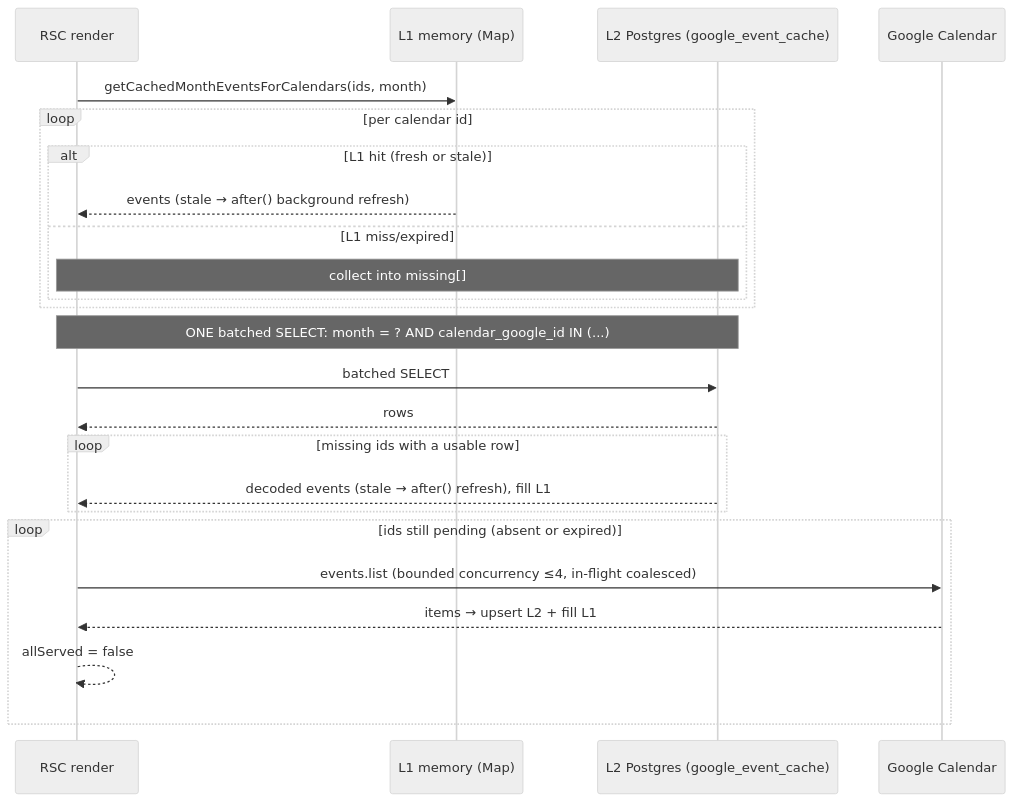
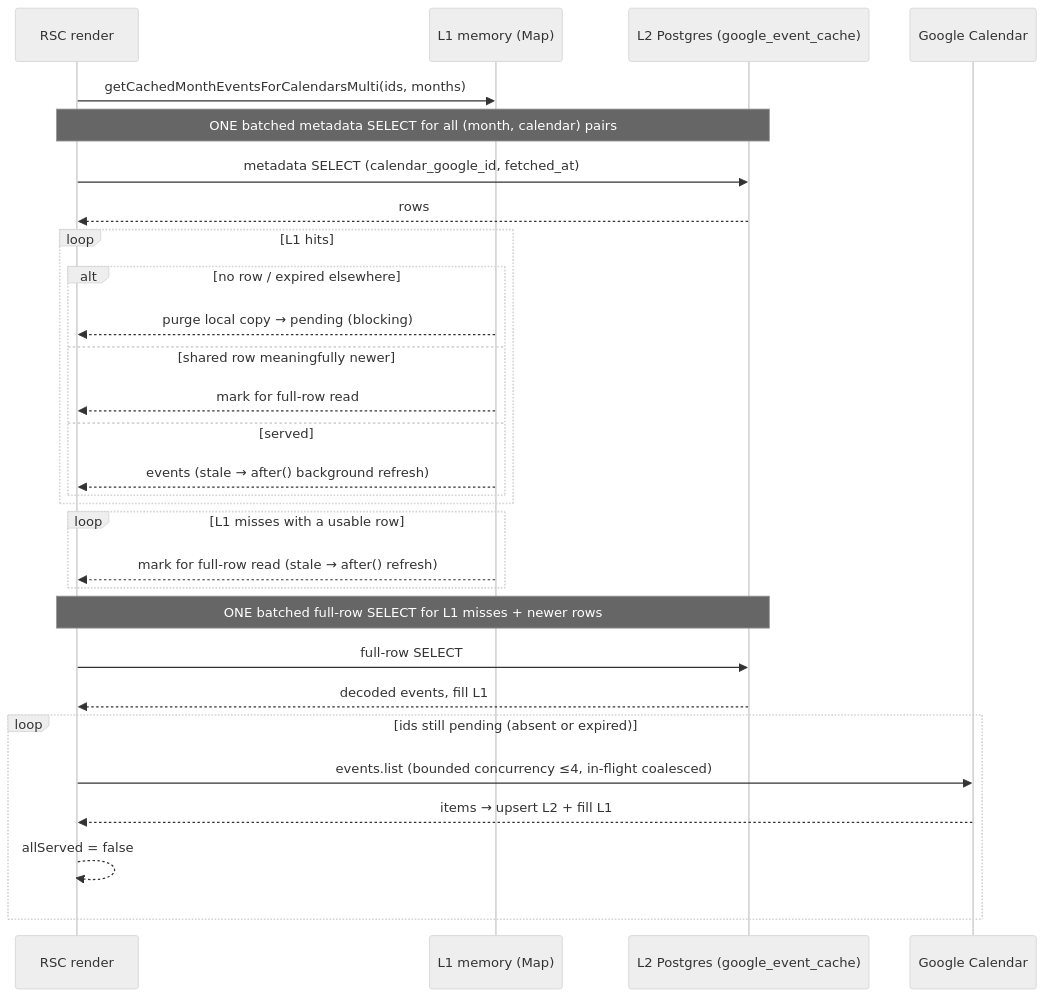
One commit to oncloudnintynineone-source/cloudy2 changed the third of 7 diagrams in docs/events-cache.md. Above: the diagram before and after it, drawn with Mermaid (neutral theme). The commit also changed other lines of this file and 22 other files, not shown here.

Commit message:
docs: sync mermaid diagrams with current code, fix diagram syntax errors

````diff
--- a/docs/events-cache.md
+++ b/docs/events-cache.md
@@ -183,26 +183,31 @@
 ```mermaid
 sequenceDiagram
  participant R as RSC render
  participant L1 as L1 memory (Map)
  participant L2 as L2 Postgres (google_event_cache)
  participant G as Google Calendar
- R->>L1: getCachedMonthEventsForCalendars(ids, month)
- loop per calendar id
- alt L1 hit (fresh or stale)
+ R->>L1: getCachedMonthEventsForCalendarsMulti(ids, months)
+ Note over R,L2: ONE batched metadata SELECT for all (month, calendar) pairs
+ R->>L2: metadata SELECT (calendar_google_id, fetched_at)
+ L2-->>R: rows
+ loop L1 hits
+ alt no row / expired elsewhere
+ L1-->>R: purge local copy → pending (blocking)
+ else shared row meaningfully newer
+ L1-->>R: mark for full-row read
+ else served
  L1-->>R: events (stale → after() background refresh)
- else L1 miss/expired
- Note over R,L2: collect into missing[]
  end
  end
- Note over R,L2: ONE batched SELECT: month = ? AND calendar_google_id IN (...)
- R->>L2: batched SELECT
- L2-->>R: rows
- loop missing ids with a usable row
- L2-->>R: decoded events (stale → after() refresh), fill L1
+ loop L1 misses with a usable row
+ L1-->>R: mark for full-row read (stale → after() refresh)
  end
+ Note over R,L2: ONE batched full-row SELECT for L1 misses + newer rows
+ R->>L2: full-row SELECT
+ L2-->>R: decoded events, fill L1
  loop ids still pending (absent or expired)
  R->>G: events.list (bounded concurrency ≤4, in-flight coalesced)
  G-->>R: items → upsert L2 + fill L1
  R-->>R: allServed = false
  end
 ```
````
